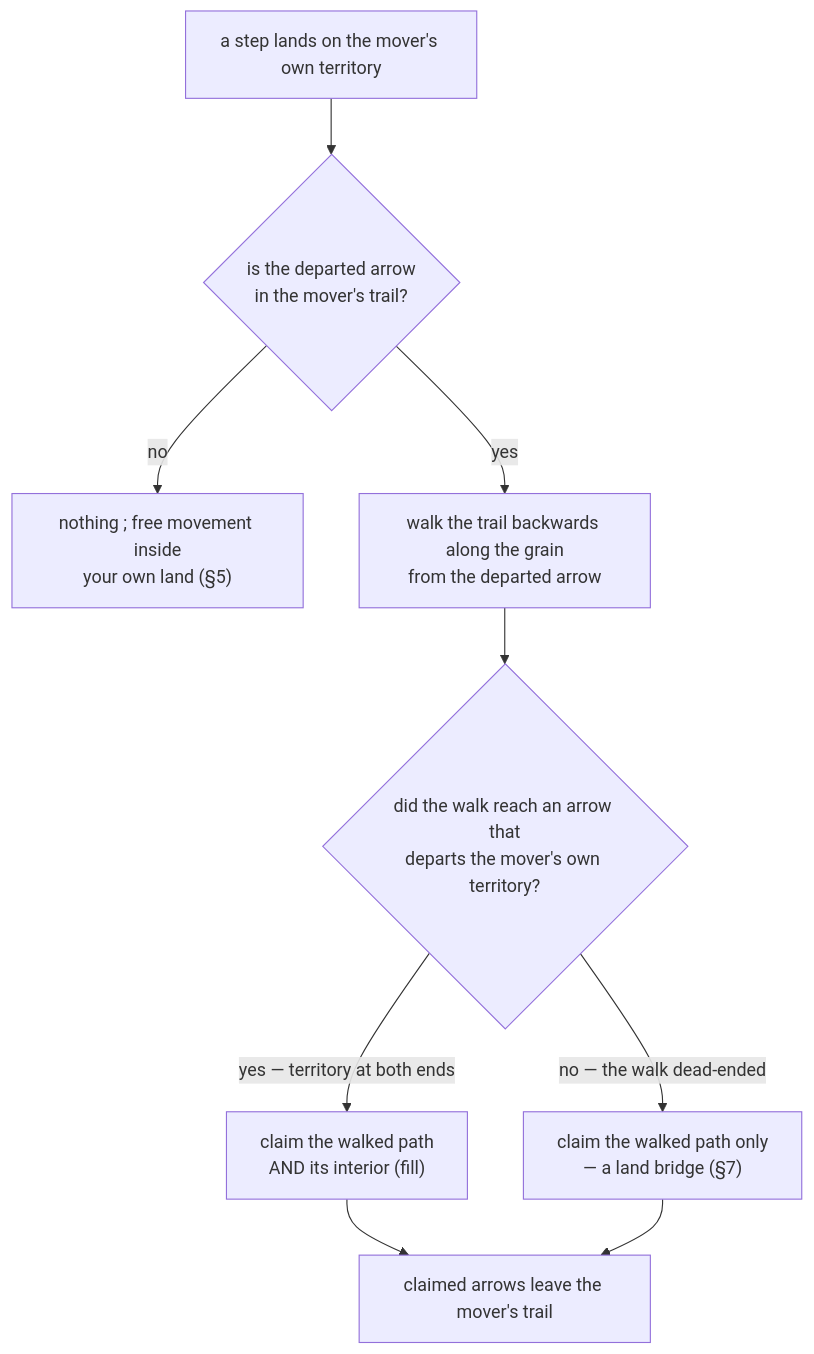
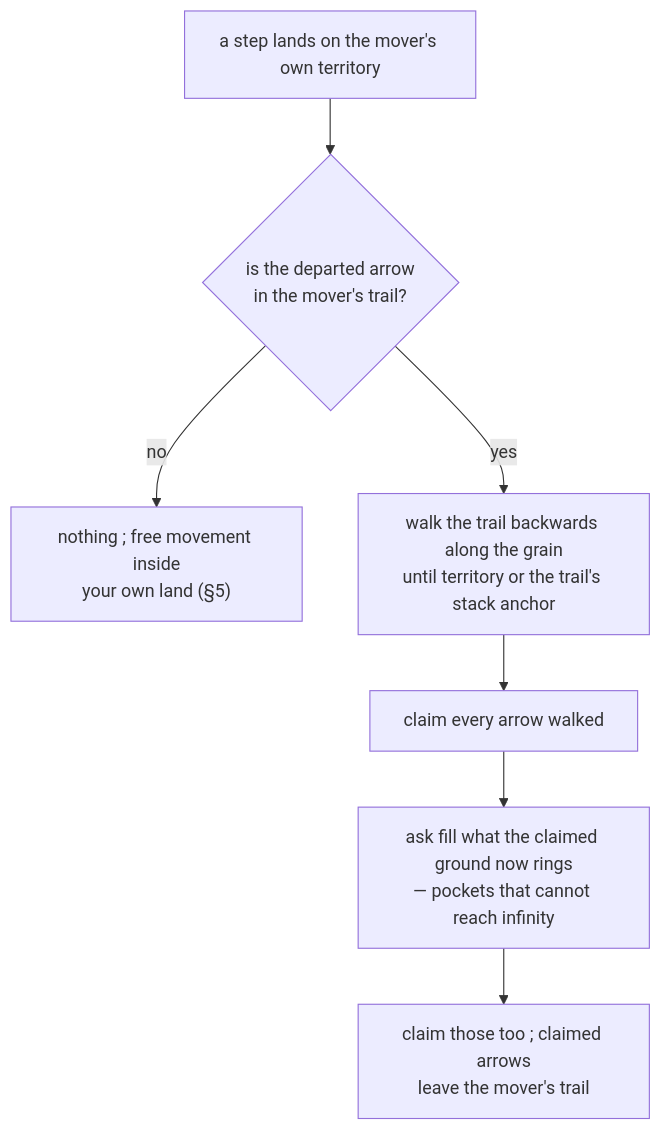
Before and after one commit to hochgi/arrows_conqueror: the diagram in docs/spec/closure/closure.md, drawn with Mermaid. The commit also changed other lines of this file and 6 other files, not shown here.

````diff
--- a/docs/spec/closure/closure.md
+++ b/docs/spec/closure/closure.md
@@ -63,11 +64,9 @@
 ```mermaid
 flowchart TD
   S["a step lands on the mover's own territory"] --> T{"is the departed arrow<br/>in the mover's trail?"}
   T -- no --> N["nothing #59; free movement inside<br/>your own land (§5)"]
-  T -- yes --> W["walk the trail backwards along the grain<br/>from the departed arrow"]
-  W --> M{"did the walk reach an arrow that<br/>departs the mover's own territory?"}
-  M -- "yes — territory at both ends" --> F["claim the walked path<br/>AND its interior (fill)"]
-  M -- "no — the walk dead-ended" --> B["claim the walked path only<br/>— a land bridge (§7)"]
-  F --> R["claimed arrows leave the mover's trail"]
-  B --> R
+  T -- yes --> W["walk the trail backwards along the grain<br/>until territory or the trail's stack anchor"]
+  W --> C["claim every arrow walked"]
+  C --> P["ask fill what the claimed ground now rings<br/>— pockets that cannot reach infinity"]
+  P --> R["claim those too #59; claimed arrows<br/>leave the mover's trail"]
 ```
````
